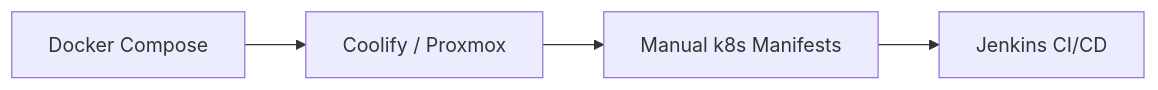
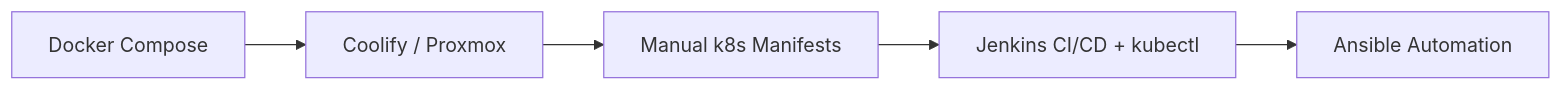
The third of 3 diagrams in README.md (mdahamshi/top-members), drawn with Mermaid before and after one commit. The commit also changed other lines of this file and 2 other files, not shown here.

````diff
--- a/README.md
+++ b/README.md
@@ -87,6 +88,7 @@
 ```mermaid
 flowchart LR
     Compose[Docker Compose] --> Coolify[Coolify / Proxmox]
     Coolify --> K8s[Manual k8s Manifests]
-    K8s --> Jenkins[Jenkins CI/CD]
+    K8s --> Jenkins[Jenkins CI/CD + kubectl]
+    Jenkins --> Ansible[Ansible Automation]
 ```
````
